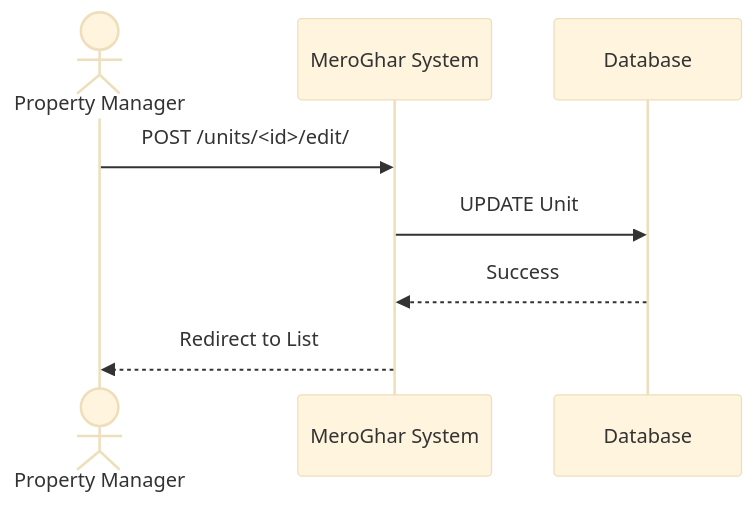
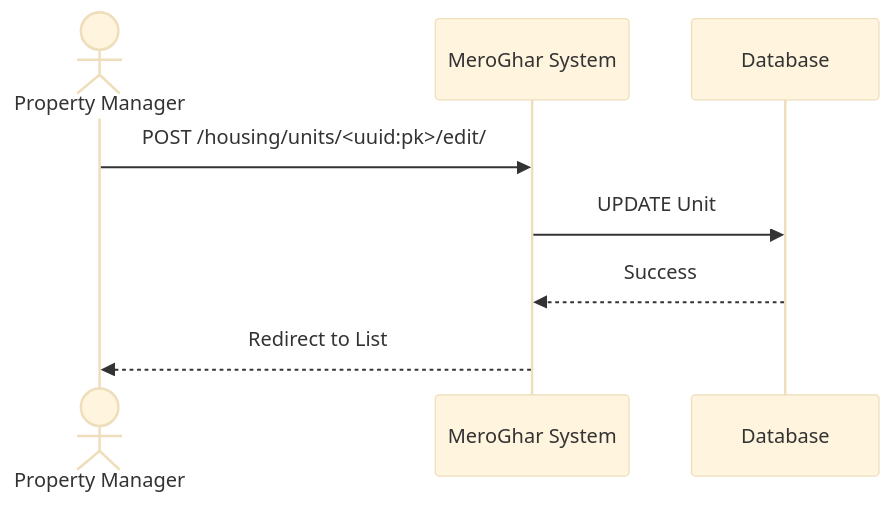
One commit to 0Ankit0/meroghar changed the third of 4 diagrams in docs/workflows/unit.md. Above: the diagram before and after it, drawn with Mermaid (base theme). The commit also changed other lines of this file and 12 other files, not shown here.

````diff
--- a/docs/workflows/unit.md
+++ b/docs/workflows/unit.md
@@ -56,11 +56,11 @@
 ```mermaid
 sequenceDiagram
     actor User as Property Manager
     participant System as MeroGhar System
     participant DB as Database
 
-    User->>System: POST /units/<id>/edit/
+    User->>System: POST /housing/units/<uuid:pk>/edit/
     System->>DB: UPDATE Unit
     DB-->>System: Success
     System-->>User: Redirect to List
 ```
````
